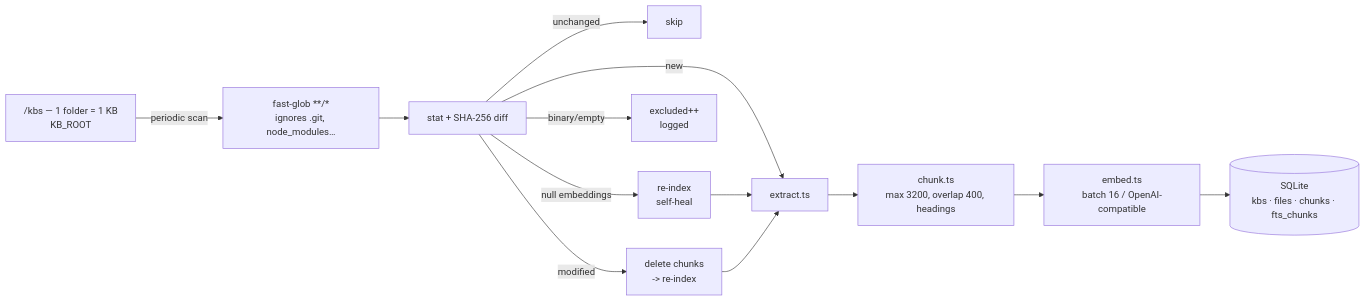
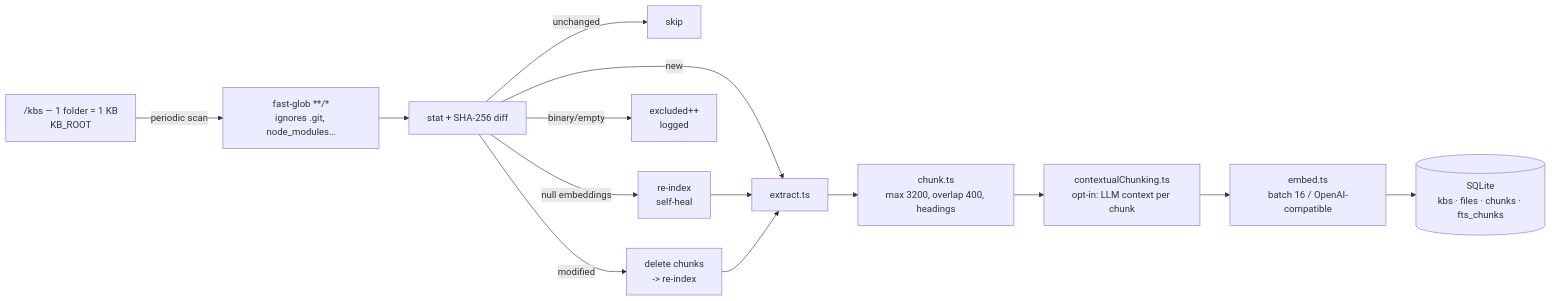
One commit to openhoat/rag-hub-mcp changed the second of 3 diagrams in docs/guide/architecture.md. Above: the diagram before and after it, drawn with Mermaid. The commit also changed other lines of this file and 2 other files, not shown here.

Commit message:
docs: document contextual chunking configuration and self-contained rag_search queries

````diff
--- a/docs/guide/architecture.md
+++ b/docs/guide/architecture.md
@@ -60,15 +62,16 @@
 ```mermaid
 graph LR
     F["/kbs — 1 folder = 1 KB<br/>KB_ROOT"] -->|periodic scan| GLOB["fast-glob **/*<br/>ignores .git, node_modules…"]
     GLOB --> STAT["stat + SHA-256 diff"]
     STAT -->|unchanged| SKIP["skip"]
     STAT -->|null embeddings| RE["re-index<br/>self-heal"]
     STAT -->|binary/empty| EXCL["excluded++<br/>logged"]
     STAT -->|modified| REMOD["delete chunks<br/>-> re-index"]
     STAT -->|new| EXTR["extract.ts"]
     RE --> EXTR
     REMOD --> EXTR
     EXTR --> CH["chunk.ts<br/>max 3200, overlap 400, headings"]
-    CH --> EMB["embed.ts<br/>batch 16 / OpenAI-compatible"]
+    CH --> CC["contextualChunking.ts<br/>opt-in: LLM context per chunk"]
+    CC --> EMB["embed.ts<br/>batch 16 / OpenAI-compatible"]
     EMB --> DB[("SQLite<br/>kbs · files · chunks · fts_chunks")]
 ```
````
